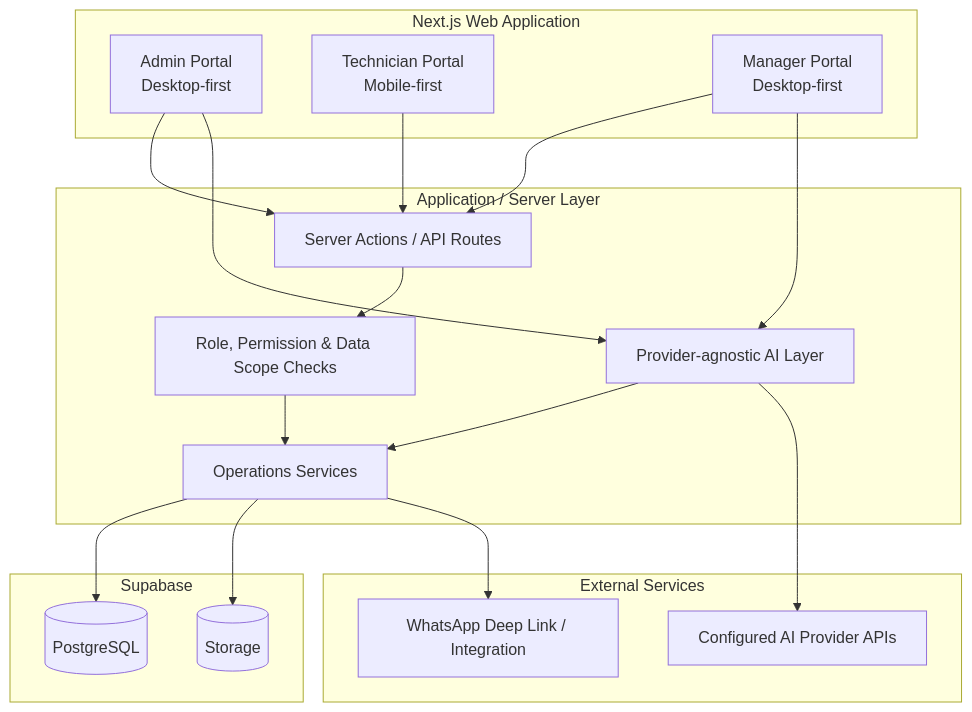
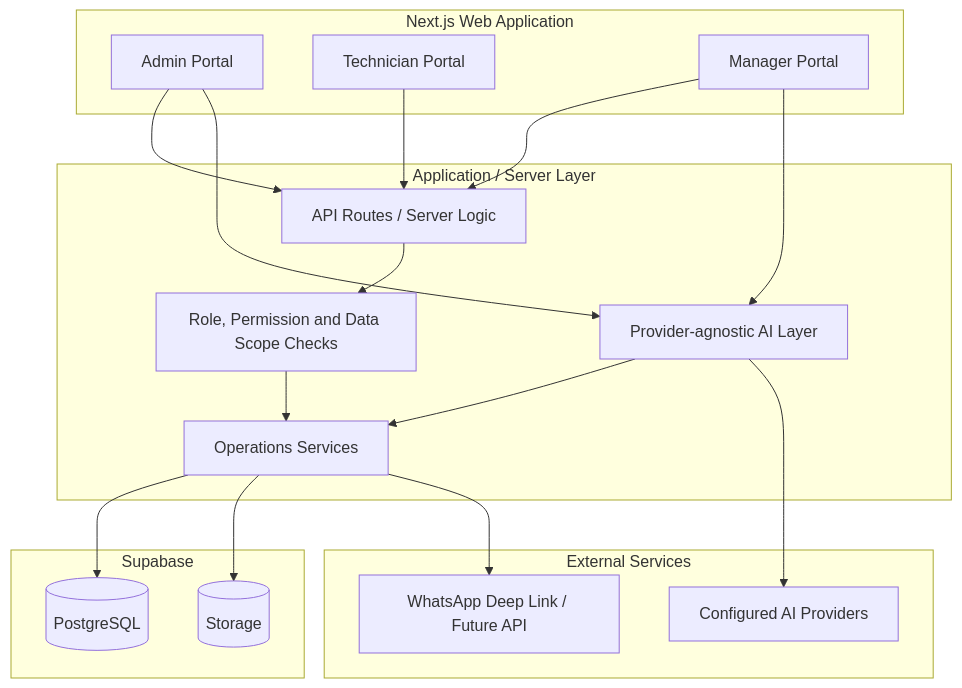
Before and after one commit to wong001110/sejukops-assessment: the third of 5 diagrams in README.md, drawn with Mermaid. The commit also changed other lines of this file and 2 other files, not shown here.

````diff
--- a/README.md
+++ b/README.md
@@ -163,38 +149,38 @@
 ```mermaid
 flowchart TB
     subgraph Client[Next.js Web Application]
-        A[Admin Portal\nDesktop-first]
-        T[Technician Portal\nMobile-first]
-        M[Manager Portal\nDesktop-first]
+        A[Admin Portal]
+        T[Technician Portal]
+        M[Manager Portal]
     end
 
     subgraph Server[Application / Server Layer]
-        API[Server Actions / API Routes]
-        AUTH[Role, Permission & Data Scope Checks]
+        API[API Routes / Server Logic]
+        AUTH[Role, Permission and Data Scope Checks]
         OPS[Operations Services]
         AI[Provider-agnostic AI Layer]
     end
 
     subgraph Supabase[Supabase]
         DB[(PostgreSQL)]
         STORAGE[(Storage)]
     end
 
     subgraph External[External Services]
-        PROVIDERS[Configured AI Provider APIs]
-        WA[WhatsApp Deep Link / Integration]
+        PROVIDERS[Configured AI Providers]
+        WA[WhatsApp Deep Link / Future API]
     end
 
     A --> API
     T --> API
     M --> API
     API --> AUTH
     AUTH --> OPS
     OPS --> DB
     OPS --> STORAGE
     OPS --> WA
+    A --> AI
     M --> AI
-    A --> AI
     AI --> OPS
     AI --> PROVIDERS
 ```
````
